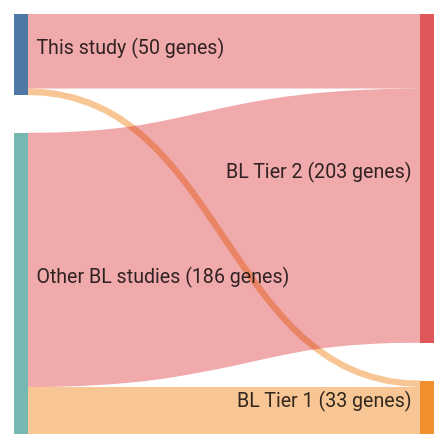
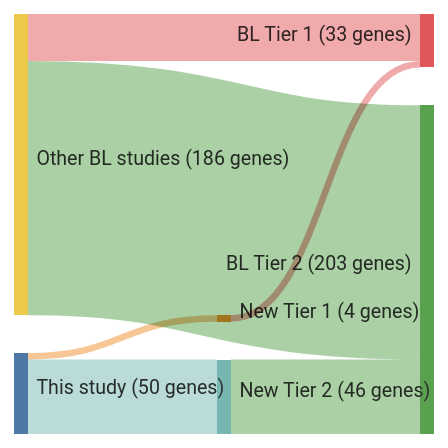
Before and after one commit to morinlab/lymphopedia: the diagram in paneaWholeGenomeLandscape2019.md, drawn with Mermaid.

````diff
--- a/paneaWholeGenomeLandscape2019.md
+++ b/paneaWholeGenomeLandscape2019.md
@@ -12,18 +12,20 @@
 ```mermaid
 ---
 config:
     sankey:
         showValues: true
         linkColor: target
         width: 300
         height: 300
         nodeAlignment: left
         prefix: '('
         suffix: ' genes)'
 ---
 sankey-beta
-This study, BL Tier 1, 4
-This study, BL Tier 2, 46
+This study, New Tier 1, 4
+New Tier 1, BL Tier 1, 4
+This study, New Tier 2, 46
+New Tier 2, BL Tier 2, 46
 Other BL studies, BL Tier 1, 29
 Other BL studies, BL Tier 2, 157
 ```
````
